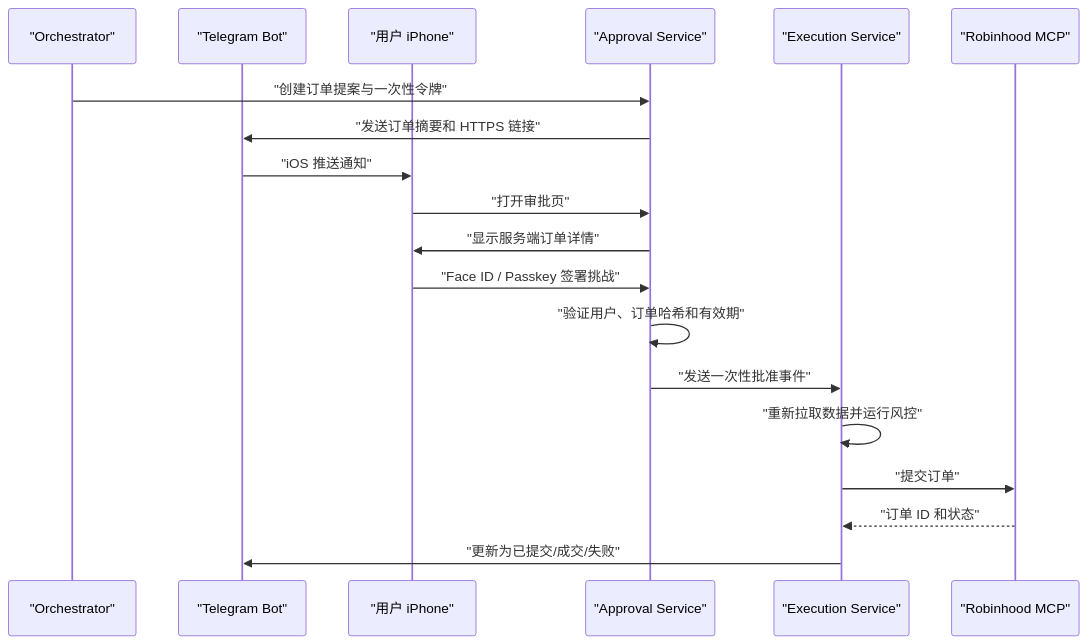
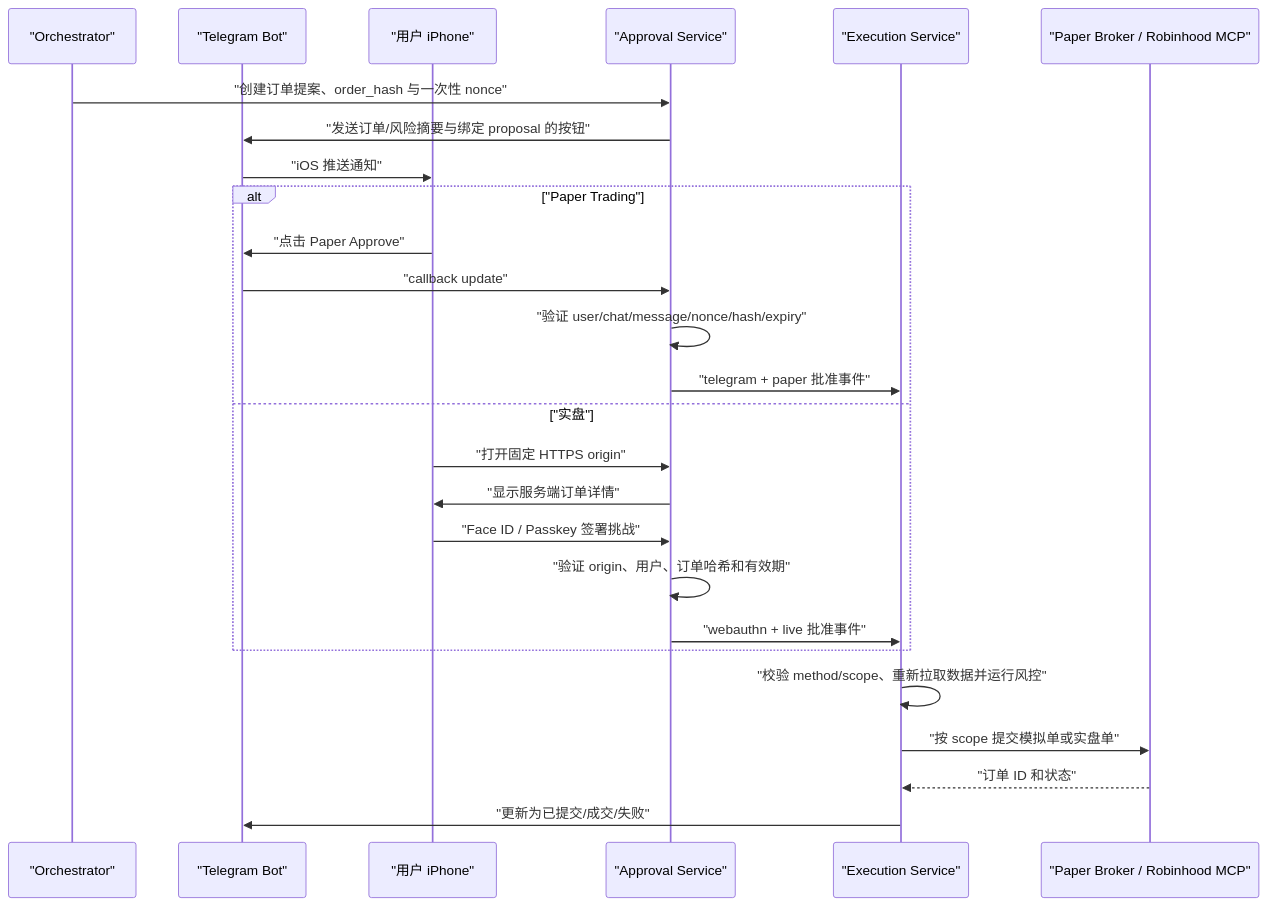
One commit to likefudan/ainvest changed the second of 4 diagrams in design.md. Above: the diagram before and after it, drawn with Mermaid. The commit also changed other lines of this file and 1 other file, not shown here.

````diff
--- a/design.md
+++ b/design.md
@@ -513,22 +594,29 @@
 ```mermaid
 sequenceDiagram
     participant O as "Orchestrator"
     participant T as "Telegram Bot"
     participant U as "用户 iPhone"
     participant A as "Approval Service"
     participant E as "Execution Service"
-    participant R as "Robinhood MCP"
+    participant B as "Paper Broker / Robinhood MCP"
 
-    O->>A: "创建订单提案与一次性令牌"
-    A->>T: "发送订单摘要和 HTTPS 链接"
+    O->>A: "创建订单提案、order_hash 与一次性 nonce"
+    A->>T: "发送订单/风险摘要与绑定 proposal 的按钮"
     T->>U: "iOS 推送通知"
-    U->>A: "打开审批页"
-    A->>U: "显示服务端订单详情"
-    U->>A: "Face ID / Passkey 签署挑战"
-    A->>A: "验证用户、订单哈希和有效期"
-    A->>E: "发送一次性批准事件"
-    E->>E: "重新拉取数据并运行风控"
-    E->>R: "提交订单"
-    R-->>E: "订单 ID 和状态"
+    alt "Paper Trading"
+        U->>T: "点击 Paper Approve"
+        T->>A: "callback update"
+        A->>A: "验证 user/chat/message/nonce/hash/expiry"
+        A->>E: "telegram + paper 批准事件"
+    else "实盘"
+        U->>A: "打开固定 HTTPS origin"
+        A->>U: "显示服务端订单详情"
+        U->>A: "Face ID / Passkey 签署挑战"
+        A->>A: "验证 origin、用户、订单哈希和有效期"
+        A->>E: "webauthn + live 批准事件"
+    end
+    E->>E: "校验 method/scope、重新拉取数据并运行风控"
+    E->>B: "按 scope 提交模拟单或实盘单"
+    B-->>E: "订单 ID 和状态"
     E->>T: "更新为已提交/成交/失败"
 ```
````
